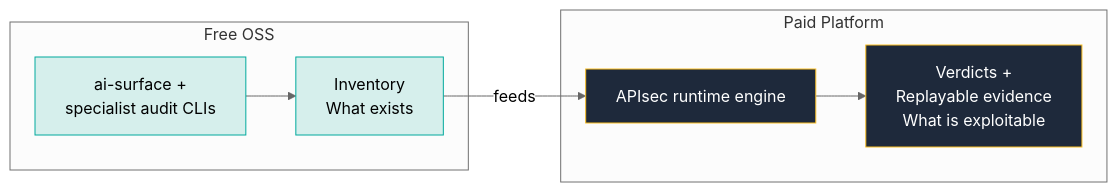
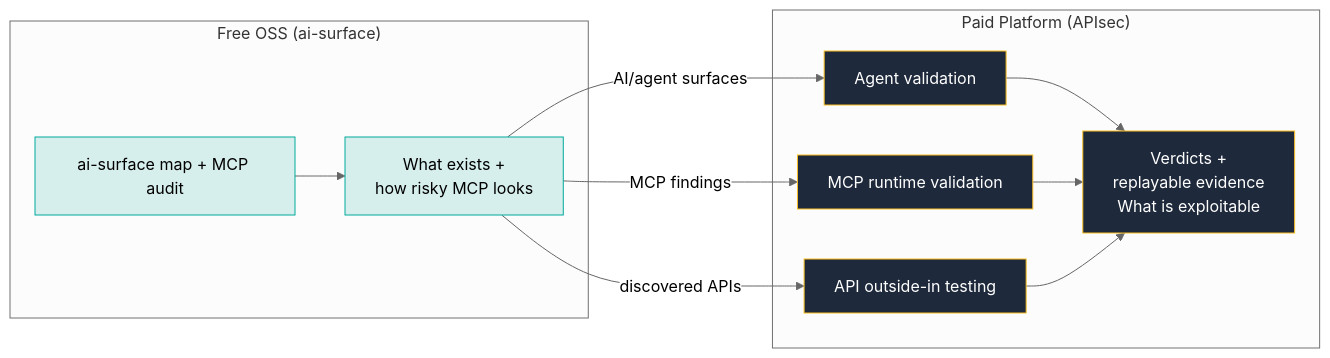
The fourth of 4 diagrams in README.md (actions-marketplace-validations/apisec-inc_AI-Surface), drawn with Mermaid (neutral theme) before and after one commit. The commit also changed other lines of this file, not shown here.

````diff
--- a/README.md
+++ b/README.md
@@ -454,21 +476,29 @@
 ```mermaid
 flowchart LR
-    subgraph FREE ["Free OSS"]
-        AS[ai-surface +<br/>specialist audit CLIs]
-        AS_OUT[Inventory<br/>What exists]
+    subgraph FREE ["Free OSS (ai-surface)"]
+        AS[ai-surface map + MCP audit]
+        AS_OUT[What exists +<br/>how risky MCP looks]
     end
 
-    subgraph PAID ["Paid Platform"]
-        APISEC[APIsec runtime engine]
-        APISEC_OUT[Verdicts +<br/>Replayable evidence<br/>What is exploitable]
+    subgraph PAID ["Paid Platform (APIsec)"]
+        AGT[Agent validation]
+        MCPV[MCP runtime validation]
+        APIV[API outside-in testing]
+        OUT[Verdicts +<br/>replayable evidence<br/>What is exploitable]
     end
 
     AS --> AS_OUT
-    AS_OUT -->|feeds| APISEC
-    APISEC --> APISEC_OUT
+    AS_OUT -->|AI/agent surfaces| AGT
+    AS_OUT -->|MCP findings| MCPV
+    AS_OUT -->|discovered APIs| APIV
+    AGT --> OUT
+    MCPV --> OUT
+    APIV --> OUT
 
     style AS fill:#d6efec,stroke:#00a99d
     style AS_OUT fill:#d6efec,stroke:#00a99d
-    style APISEC fill:#1e293b,stroke:#fbbf24,color:#fff
-    style APISEC_OUT fill:#1e293b,stroke:#fbbf24,color:#fff
+    style AGT fill:#1e293b,stroke:#fbbf24,color:#fff
+    style MCPV fill:#1e293b,stroke:#fbbf24,color:#fff
+    style APIV fill:#1e293b,stroke:#fbbf24,color:#fff
+    style OUT fill:#1e293b,stroke:#fbbf24,color:#fff
 ```
````
